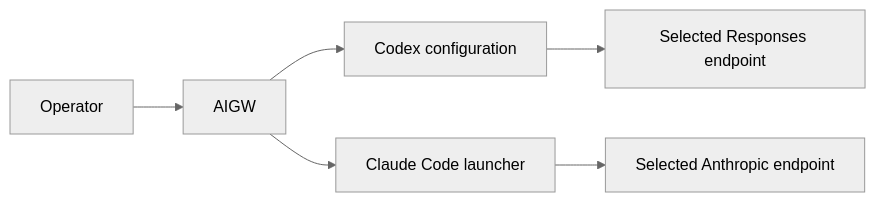
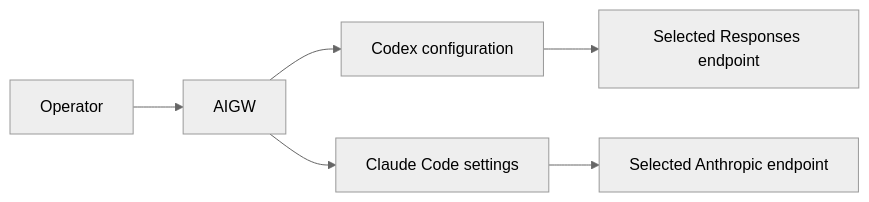
The first of 3 diagrams in README.md (HengYangDS/aigw-cli), drawn with Mermaid (neutral theme) before and after one commit. The commit also changed other lines of this file and 256 other files, not shown here.

````diff
--- a/README.md
+++ b/README.md
@@ -13,8 +13,8 @@
 ```mermaid
 flowchart LR
     U["Operator"] --> A["AIGW"]
     A --> C["Codex configuration"]
-    A --> L["Claude Code launcher"]
+    A --> L["Claude Code settings"]
     C --> E["Selected Responses endpoint"]
     L --> H["Selected Anthropic endpoint"]
 ```
````
